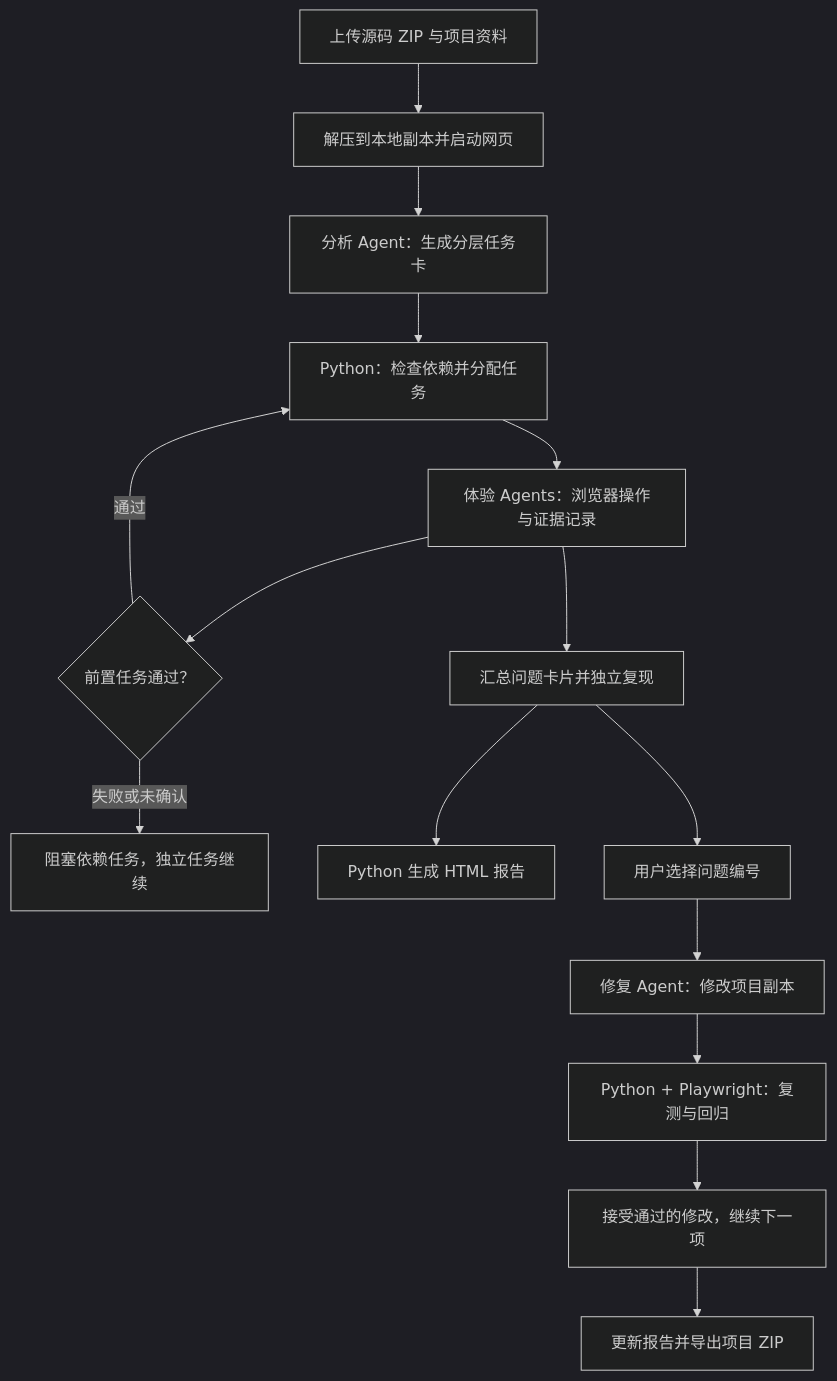
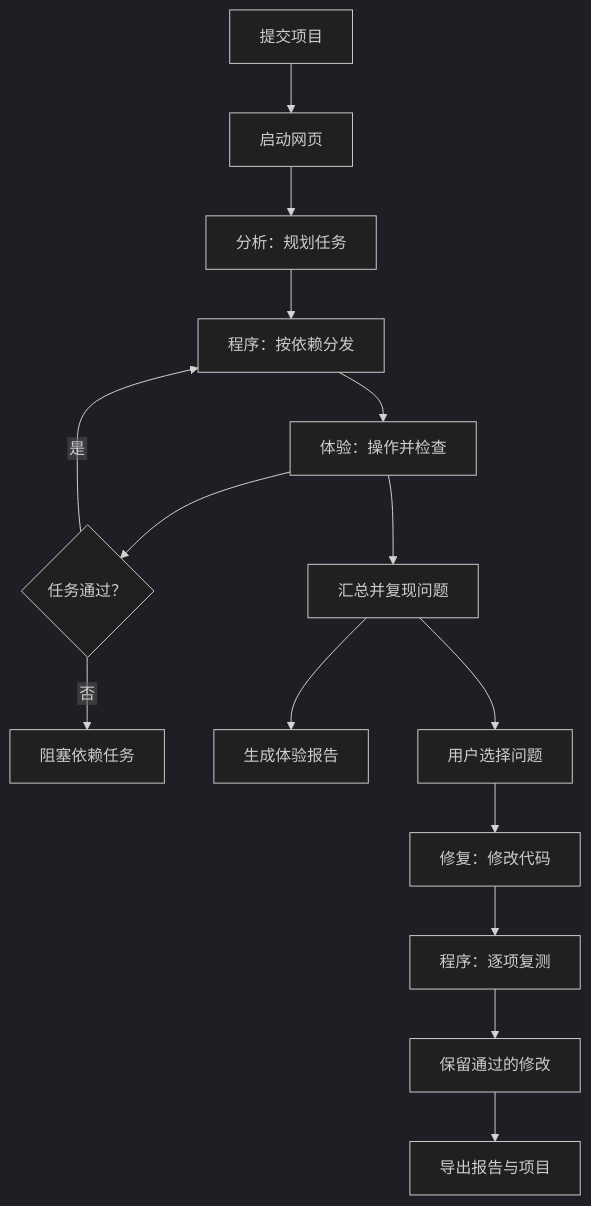
One commit to vivilfollow925925-bit/DemoClinic changed the diagram in README.md. Above: the diagram before and after it, drawn with Mermaid (dark theme). The commit also changed other lines of this file and 5 other files, not shown here.

Commit message:
Separate analysis API and track usage by role; simplify README diagram

````diff
--- a/README.md
+++ b/README.md
@@ -23,17 +23,18 @@
 ```mermaid
+%%{init: {"flowchart": {"htmlLabels": false}}}%%
 flowchart TD
-    A[上传源码 ZIP 与项目资料] --> B[解压到本地副本并启动网页]
-    B --> C[分析 Agent：生成分层任务卡]
-    C --> D[Python：检查依赖并分配任务]
-    D --> E[体验 Agents：浏览器操作与证据记录]
-    E --> F{前置任务通过？}
-    F -->|通过| D
-    F -->|失败或未确认| G[阻塞依赖任务，独立任务继续]
-    E --> H[汇总问题卡片并独立复现]
-    H --> I[Python 生成 HTML 报告]
-    H --> J[用户选择问题编号]
-    J --> K[修复 Agent：修改项目副本]
-    K --> L[Python + Playwright：复测与回归]
-    L --> M[接受通过的修改，继续下一项]
-    M --> N[更新报告并导出项目 ZIP]
+    A[提交项目] --> B[启动网页]
+    B --> C[分析：规划任务]
+    C --> D[程序：按依赖分发]
+    D --> E[体验：操作并检查]
+    E --> F{任务通过？}
+    F -->|是| D
+    F -->|否| G[阻塞依赖任务]
+    E --> H[汇总并复现问题]
+    H --> I[生成体验报告]
+    H --> J[用户选择问题]
+    J --> K[修复：修改代码]
+    K --> L[程序：逐项复测]
+    L --> M[保留通过的修改]
+    M --> N[导出报告与项目]
 ```
````
